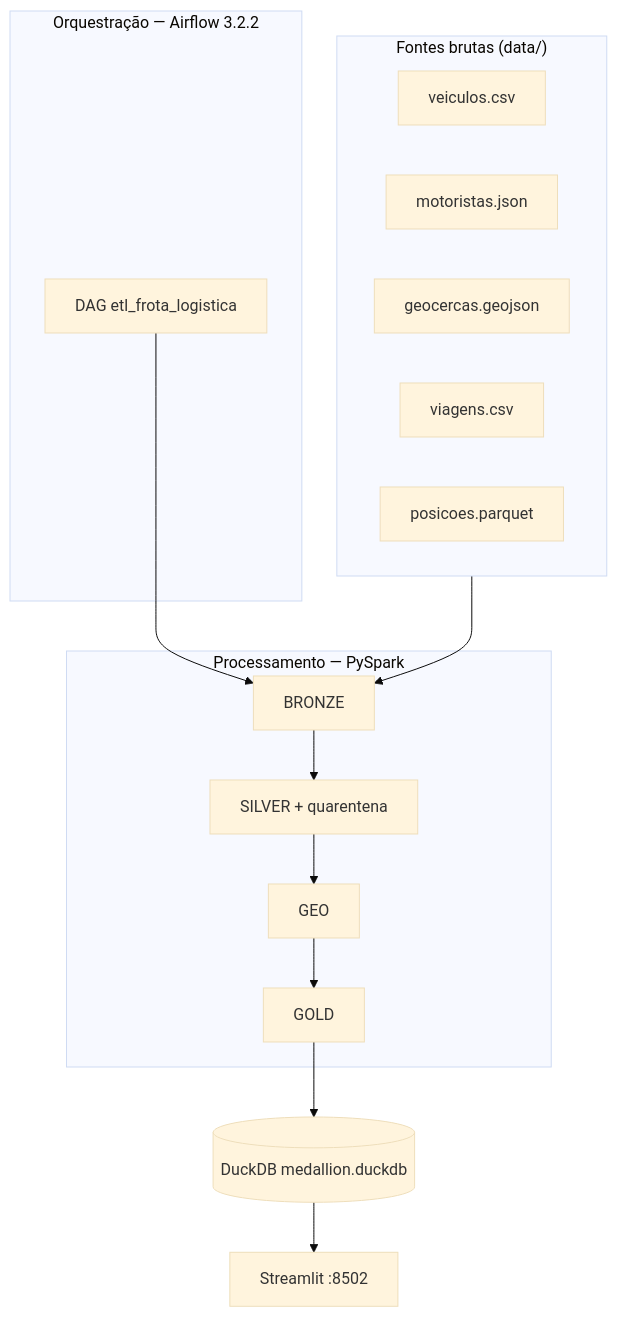
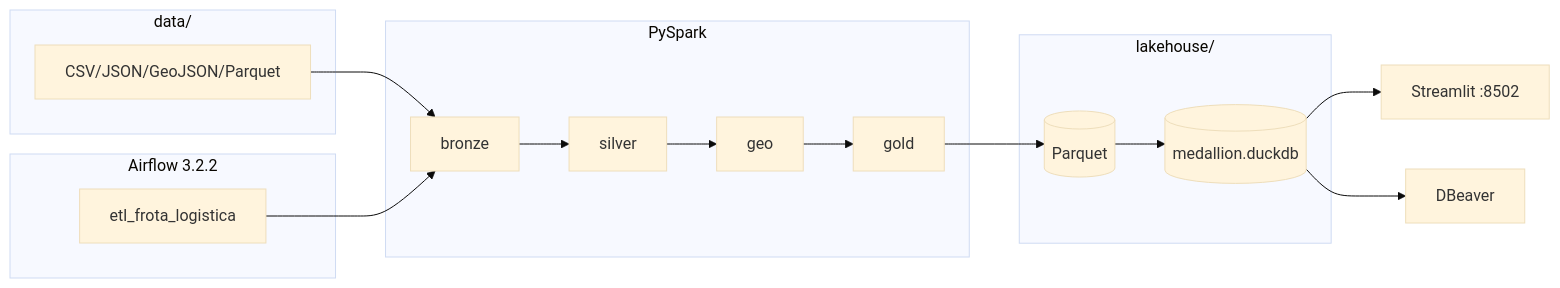
The diagram in README.md (ruanhanani/teste-big-core), drawn with Mermaid (base theme) before and after one commit. The commit also changed other lines of this file and 5 other files, not shown here.

First line of the commit message:
docs: README completo, diagrama draw.io e scripts de validacao

````diff
--- a/README.md
+++ b/README.md
@@ -21,27 +95,25 @@
 ```mermaid
-flowchart TB
-    subgraph fontes["Fontes brutas (data/)"]
-        F1[veiculos.csv]
-        F2[motoristas.json]
-        F3[geocercas.geojson]
-        F4[viagens.csv]
-        F5[posicoes.parquet]
+flowchart LR
+    subgraph data["data/"]
+        F1[CSV/JSON/GeoJSON/Parquet]
     end
 
-    subgraph airflow["Orquestração — Airflow 3.2.2"]
-        DAG[DAG etl_frota_logistica]
+    subgraph airflow["Airflow 3.2.2"]
+        DAG[etl_frota_logistica]
     end
 
-    subgraph spark["Processamento — PySpark"]
-        B[BRONZE]
-        S[SILVER + quarentena]
-        G[GEO]
-        GL[GOLD]
+    subgraph spark["PySpark"]
+        B[bronze] --> S[silver] --> G[geo] --> GL[gold]
     end
 
-    LH[(DuckDB medallion.duckdb)]
-    DASH[Streamlit :8502]
+    subgraph lake["lakehouse/"]
+        PQ[(Parquet)]
+        DB[(medallion.duckdb)]
+    end
 
-    fontes --> B
-    DAG --> B --> S --> G --> GL --> LH --> DASH
+    F1 --> B
+    DAG --> B
+    GL --> PQ --> DB
+    DB --> DASH[Streamlit :8502]
+    DB --> DBV[DBeaver]
 ```
````
